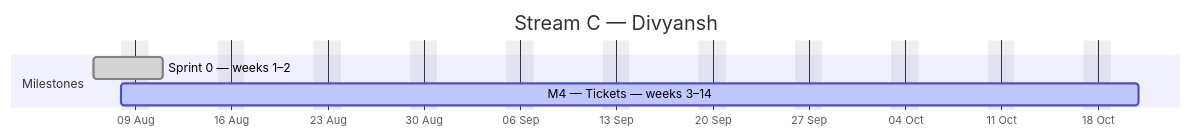
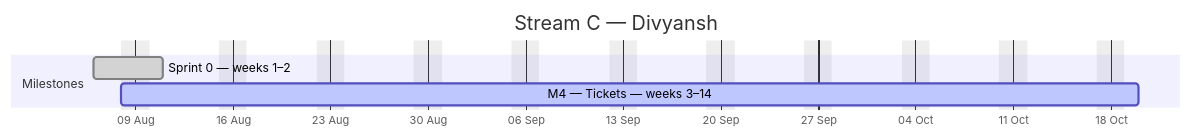
The third of 4 diagrams in docs/plan/GANTT.md (debashisedunext/EduTrack), drawn with Mermaid before and after one commit. The commit also changed other lines of this file and 3 other files, not shown here.

````diff
--- a/docs/plan/GANTT.md
+++ b/docs/plan/GANTT.md
@@ -139,10 +138,10 @@
 ```mermaid
 gantt
     dateFormat YYYY-MM-DD
     axisFormat %d %b
     title Stream C — Divyansh
     excludes weekends
     section Milestones
     Sprint 0 — weeks 1–2 :done, c0, 2026-08-06, 3d
-    M4 — Tickets — weeks 3–14 :active, c1, 2026-08-08, 53d
+    M4 — Tickets — weeks 3–14 :active, c1, 2026-08-08, 52d
 ```
````
